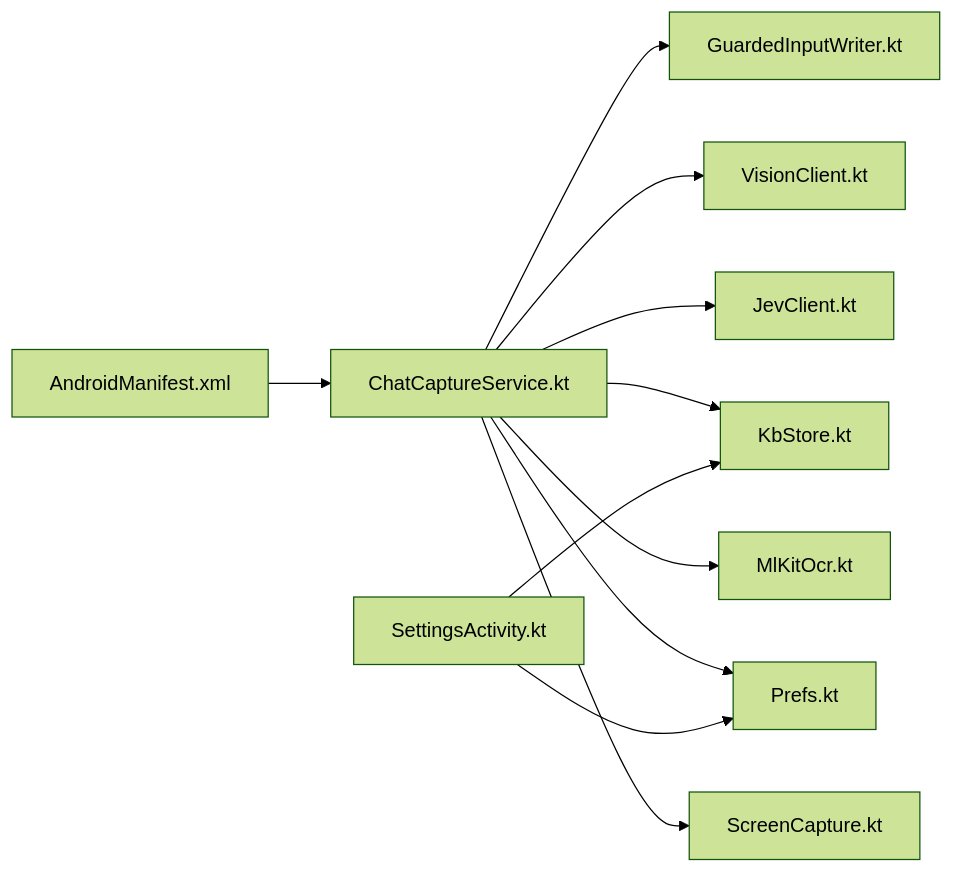
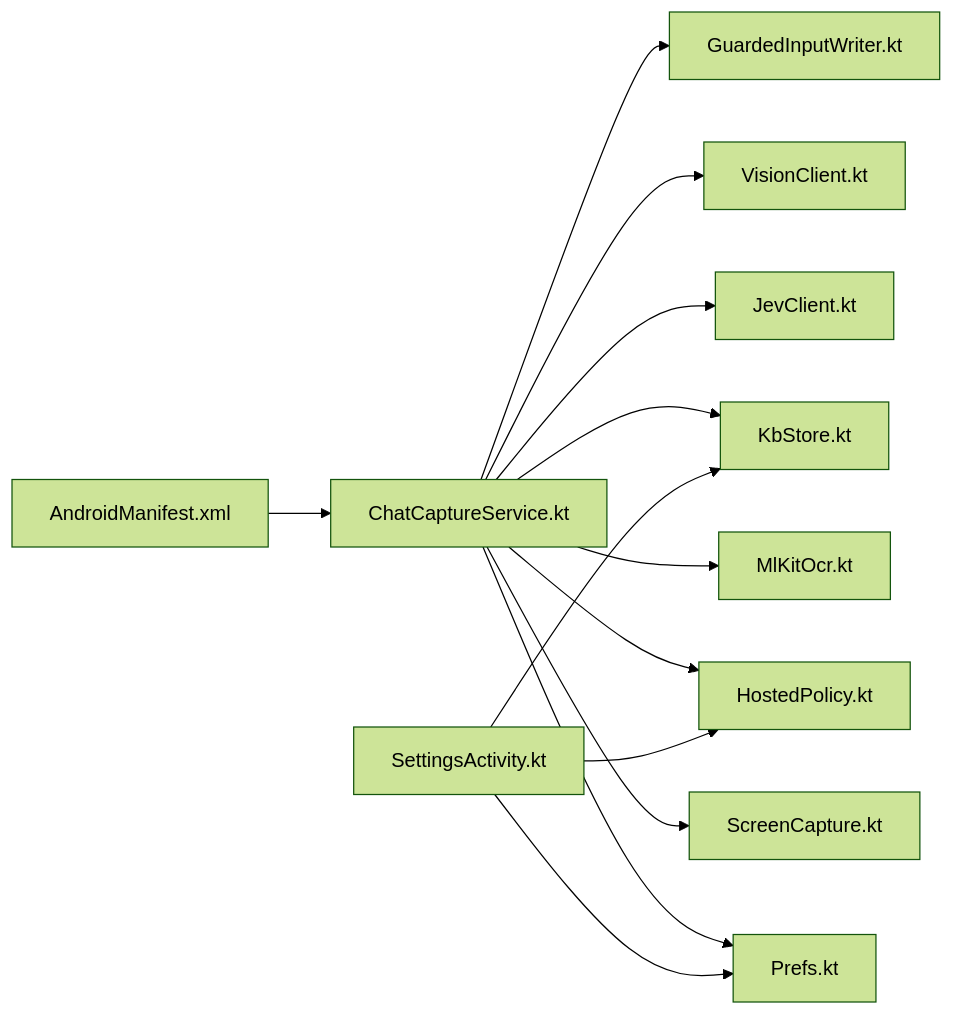
Diagram 11 of 11 in .qoder/repowiki/en/content/Security & Privacy.md (DeloYong/jev-chat-jarvis), drawn with Mermaid (forest theme) before and after one commit. The commit also changed other lines of this file and 66 other files, not shown here.

````diff
--- a/.qoder/repowiki/en/content/Security & Privacy.md
+++ b/.qoder/repowiki/en/content/Security & Privacy.md
@@ -407,13 +472,15 @@
 ```mermaid
 graph LR
 Manifest["AndroidManifest.xml"] --> Capture["ChatCaptureService.kt"]
 Capture --> Screen["ScreenCapture.kt"]
 Capture --> OCR["MlKitOcr.kt"]
 Capture --> Prefs["Prefs.kt"]
+Capture --> Hosted["HostedPolicy.kt"]
 Capture --> Kb["KbStore.kt"]
 Capture --> Jev["JevClient.kt"]
 Capture --> Vision["VisionClient.kt"]
 Capture --> Guard["GuardedInputWriter.kt"]
 Settings["SettingsActivity.kt"] --> Prefs
+Settings --> Hosted
 Settings --> Kb
 ```
````
